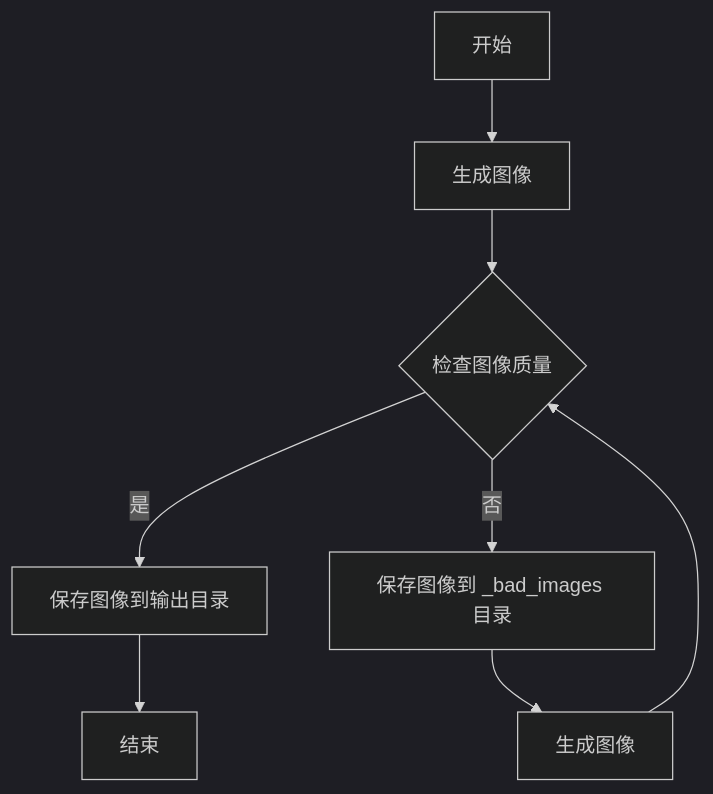
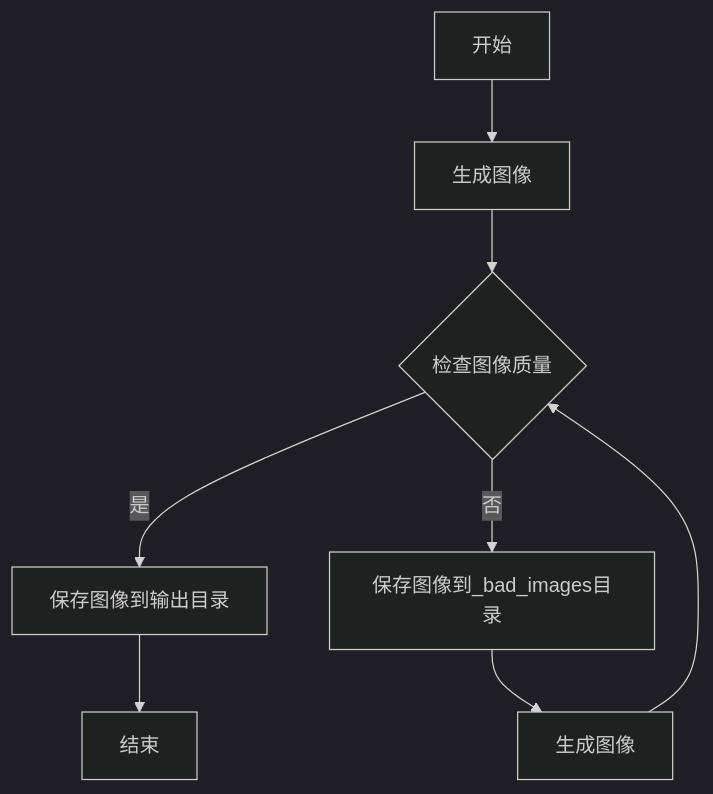
Before and after one commit to guming3d/Azure_OpenAI_Dalle3_image_generation_with_GPT_as_reviewer: the diagram in README.zh.md, drawn with Mermaid (dark theme).

Commit message:
style: Remove spaces around "_bad_images" in flowchart diagram

````diff
--- a/README.zh.md
+++ b/README.zh.md
@@ -48,10 +48,10 @@
 ```mermaid
 flowchart TD
     A[开始] --> B[生成图像]
     B --> C{检查图像质量}
     C -->|是| D[保存图像到输出目录]
-    C -->|否| E[保存图像到 _bad_images 目录]
+    C -->|否| E[保存图像到_bad_images目录]
     E --> F[生成图像]
     F --> C
     D --> G[结束]
 ```
````
